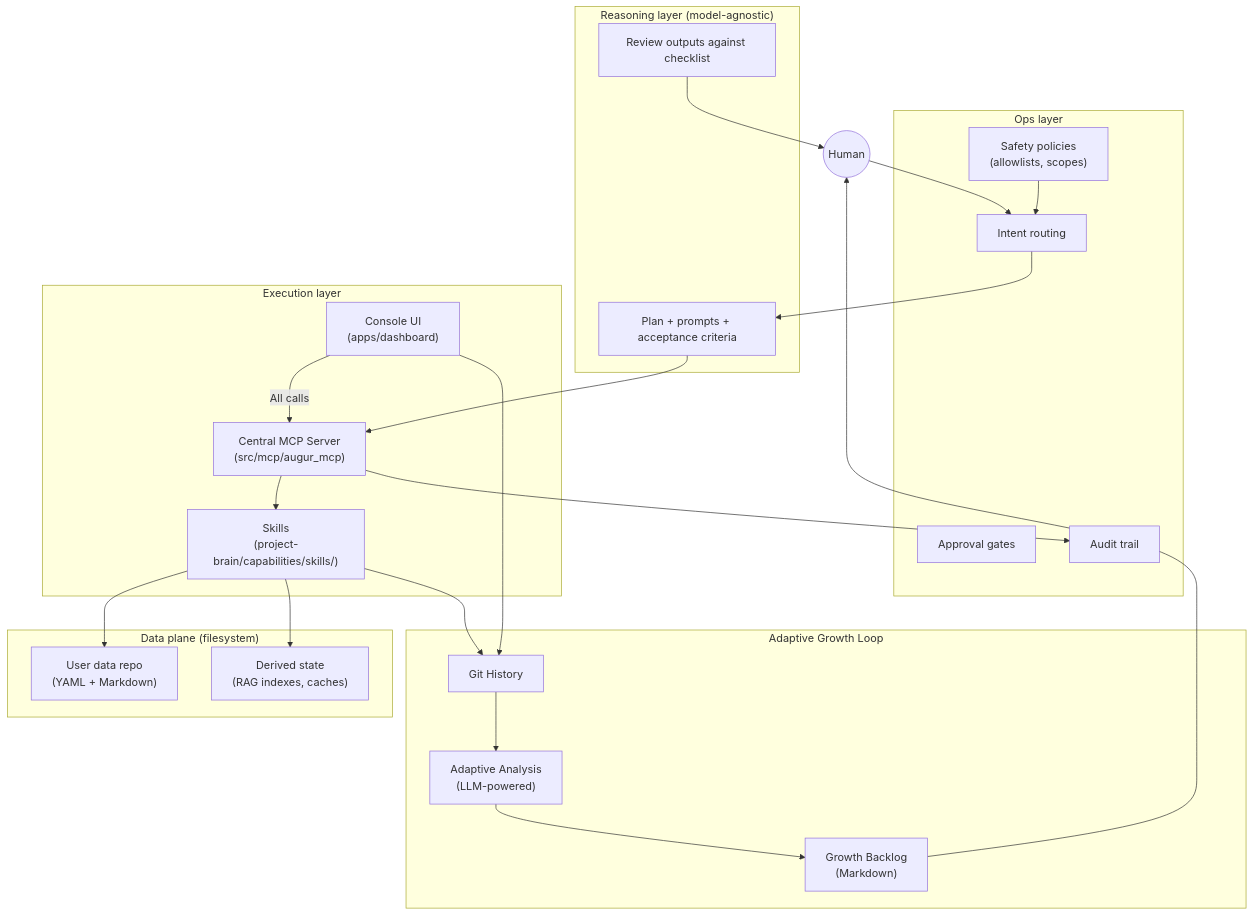
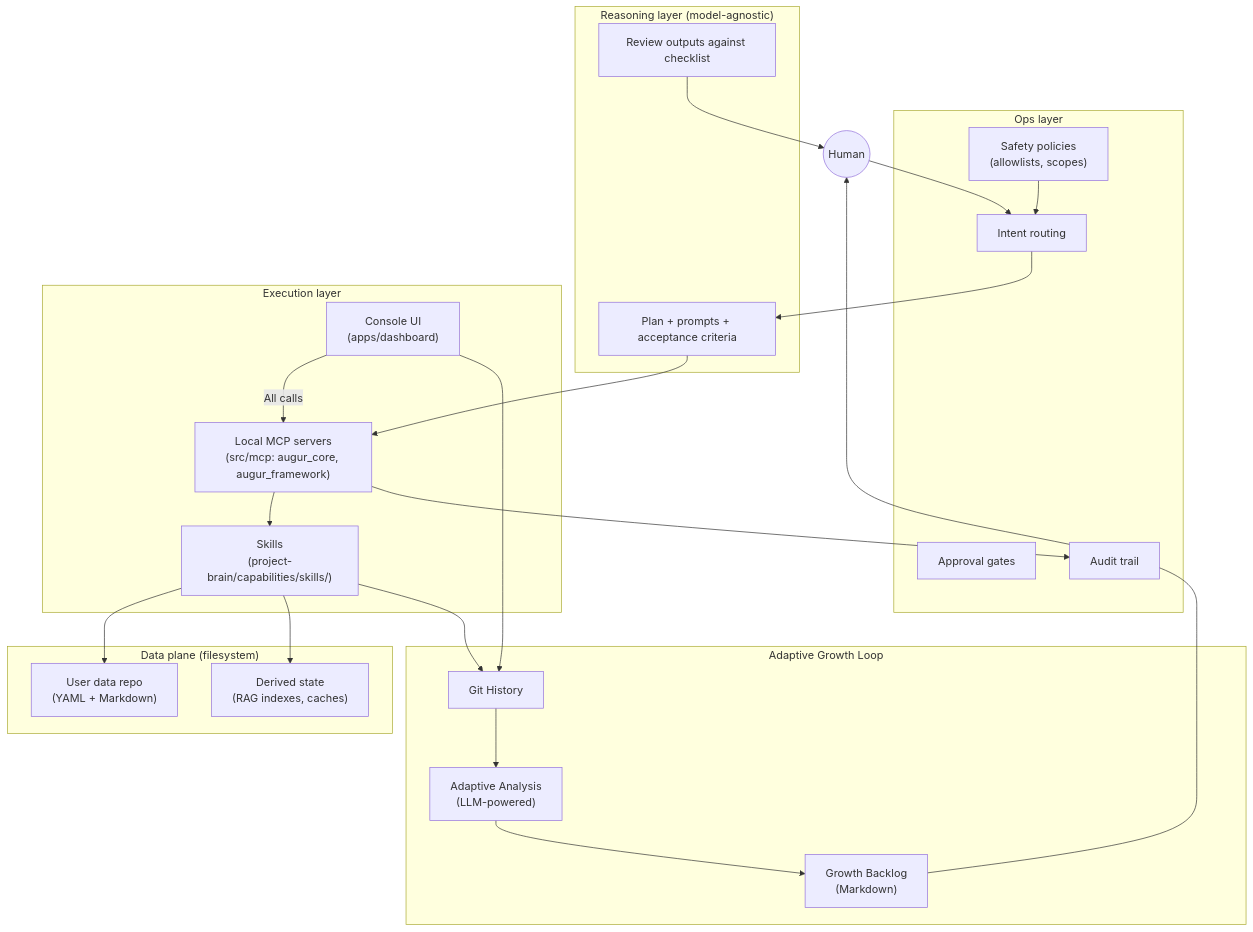
Before and after one commit to augur-os/augur-os: the first of 2 diagrams in docs/architecture-overview.md, drawn with Mermaid. The commit also changed other lines of this file and 5848 other files, not shown here.

````diff
--- a/docs/architecture-overview.md
+++ b/docs/architecture-overview.md
@@ -239,50 +239,50 @@
 ```mermaid
 flowchart TB
   User((Human))
 
   subgraph Ops["Ops layer"]
     Router["Intent routing"]
     Gates["Approval gates"]
     Policies["Safety policies\n(allowlists, scopes)"]
     Audit["Audit trail"]
   end
 
   subgraph Reasoning["Reasoning layer (model-agnostic)"]
     Plan["Plan + prompts + acceptance criteria"]
     Review["Review outputs against checklist"]
   end
 
   subgraph Exec["Execution layer"]
-    MCP["Central MCP Server\n(src/mcp/augur_mcp)"]
+    MCP["Local MCP servers\n(src/mcp: augur_core, augur_framework)"]
     Skills["Skills\n(project-brain/capabilities/skills/<skill-name>)"]
     Dashboard["Console UI\n(apps/dashboard)"]
   end
 
   subgraph Data["Data plane (filesystem)"]
     DataRepo["User data repo\n(YAML + Markdown)"]
     Derived["Derived state\n(RAG indexes, caches)"]
   end
 
   User --> Router
   Policies --> Router
   Router --> Plan
   Plan --> MCP
   Dashboard -->|"All calls"| MCP
   MCP --> Skills
   MCP --> Audit
   Skills --> DataRepo
   Skills --> Derived
   Review --> User
 
   subgraph Growth["Adaptive Growth Loop"]
     Commits["Git History"]
     Analysis["Adaptive Analysis\n(LLM-powered)"]
     Backlog["Growth Backlog\n(Markdown)"]
   end
 
   Skills --> Commits
   Dashboard --> Commits
   Commits --> Analysis
   Analysis --> Backlog
   Backlog --> User
 ```
````
